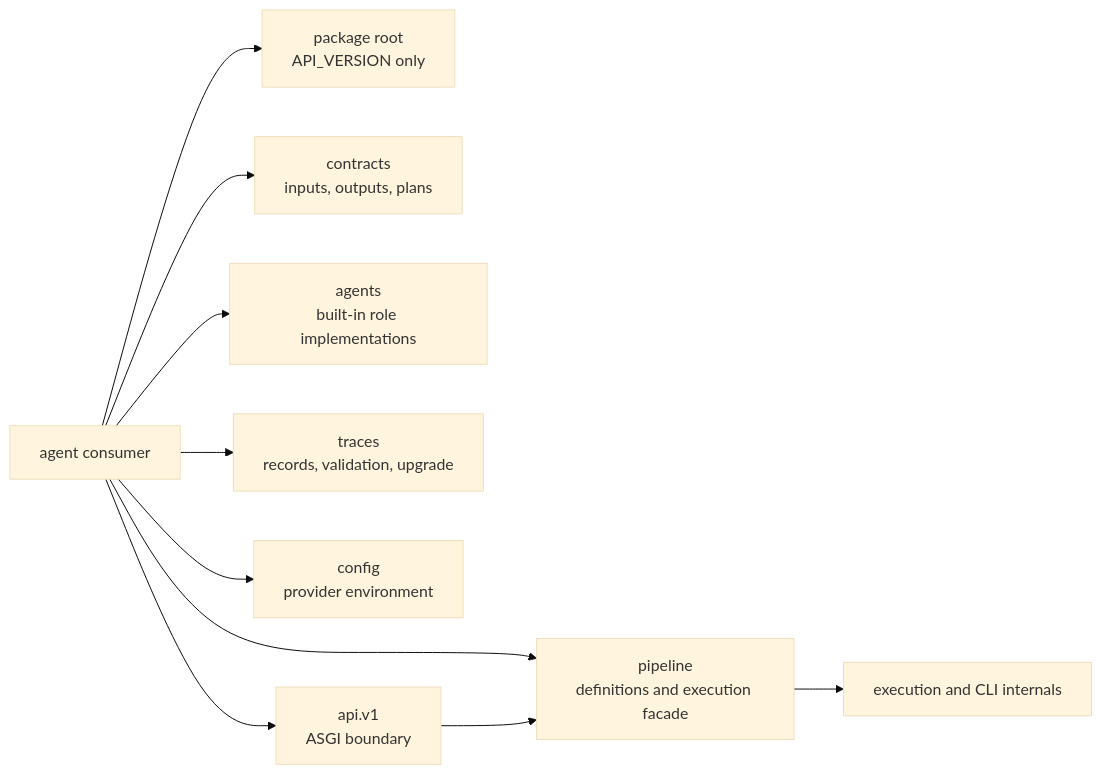
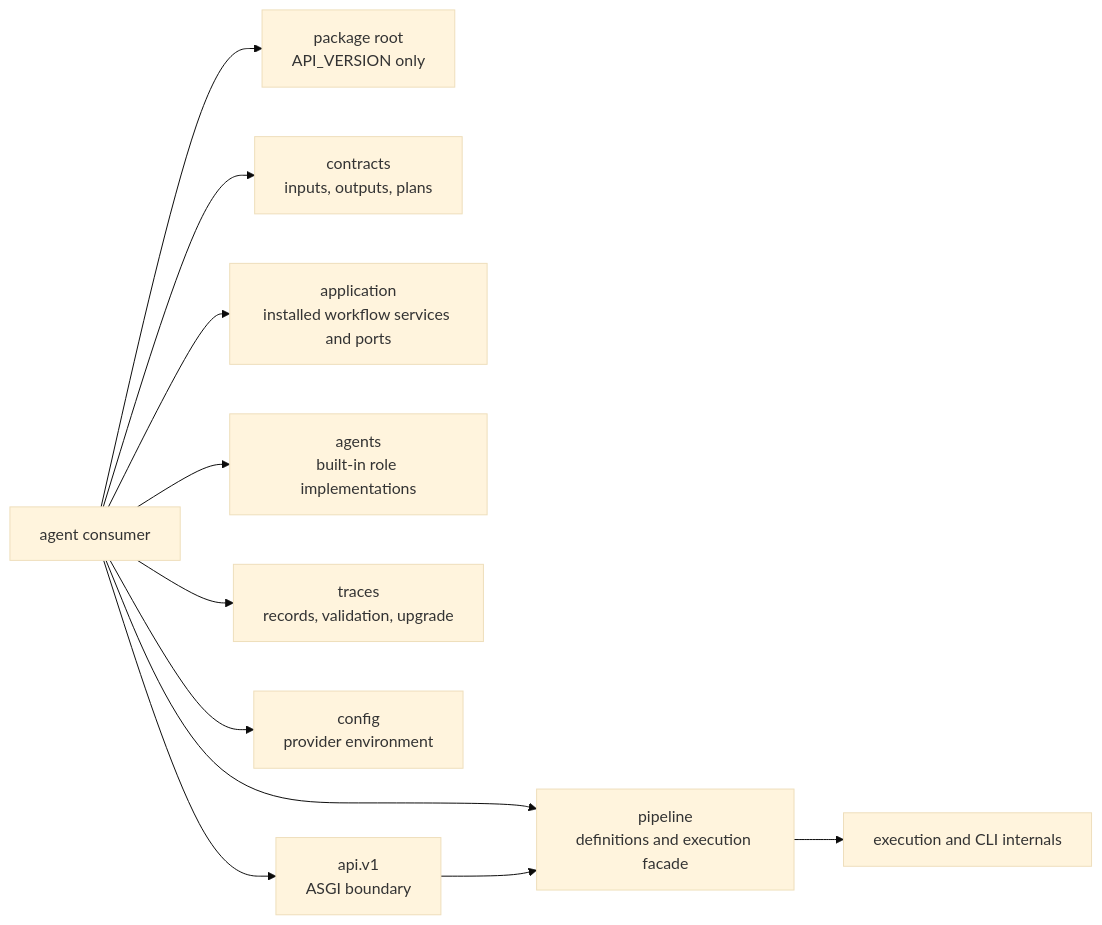
The diagram in docs/05-bijux-canon-agent/interfaces/public-imports.md (bijux/bijux-canon), drawn with Mermaid (base theme) before and after one commit. The commit also changed other lines of this file and 9 other files, not shown here.

````diff
--- a/docs/05-bijux-canon-agent/interfaces/public-imports.md
+++ b/docs/05-bijux-canon-agent/interfaces/public-imports.md
@@ -23,22 +23,24 @@
 ```mermaid
 flowchart LR
     consumer["agent consumer"]
     root["package root<br/>API_VERSION only"]
     contracts["contracts<br/>inputs, outputs, plans"]
+    application["application<br/>installed workflow services and ports"]
     pipeline["pipeline<br/>definitions and execution facade"]
     roles["agents<br/>built-in role implementations"]
     traces["traces<br/>records, validation, upgrade"]
     config["config<br/>provider environment"]
     api["api.v1<br/>ASGI boundary"]
     internals["execution and CLI internals"]
 
     consumer --> root
     consumer --> contracts
+    consumer --> application
     consumer --> pipeline
     consumer --> roles
     consumer --> traces
     consumer --> config
     consumer --> api
     pipeline --> internals
     api --> pipeline
 ```
````
